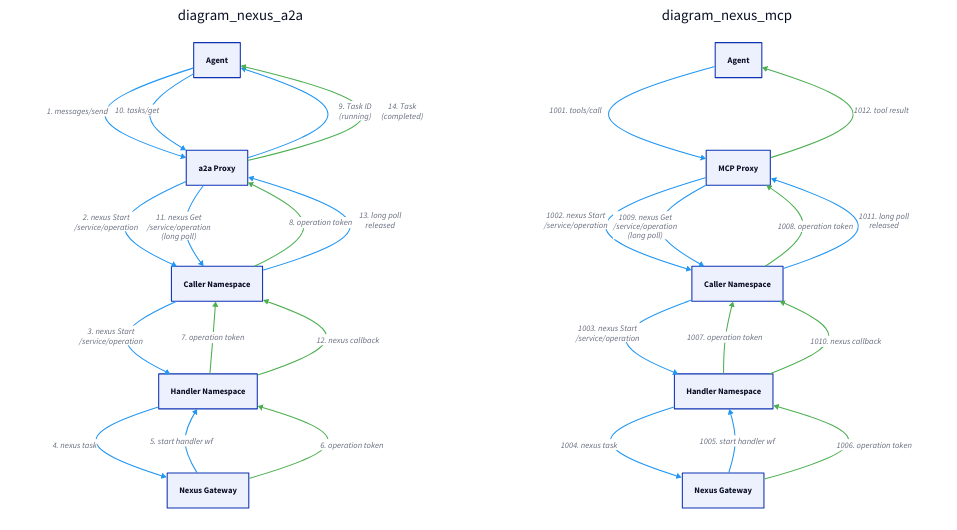
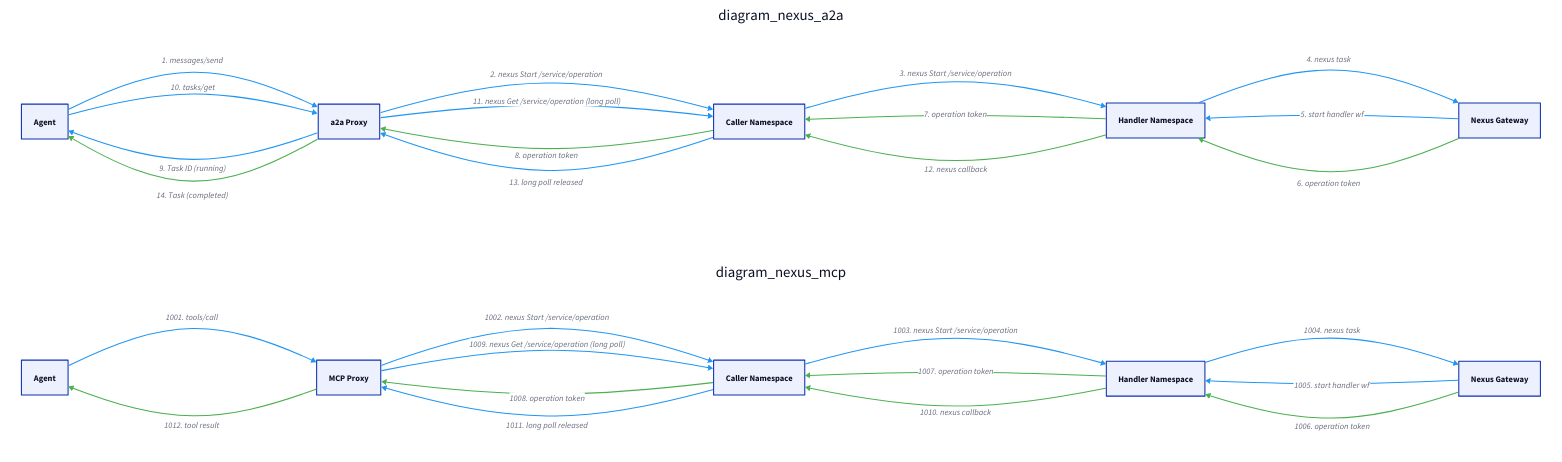
One commit to dandavison/seq2boxes changed the diagram in samples/05-nexus-complex/build/boxes-combined.d2. Above: the diagram before and after it, drawn with D2. The commit also changed 23 other files, not shown here.

```diff
--- a/samples/05-nexus-complex/build/boxes-combined.d2
+++ b/samples/05-nexus-complex/build/boxes-combined.d2
@@ -1,106 +1,108 @@
 vars: {
   d2-config: {
     theme-id: 0
   }
 }
+
+direction: right
 
 
 # Messages from nexus-a2a.d2
 diagram_nexus_a2a: {
   style.fill: transparent
   style.stroke: transparent
   "Agent" -> "a2a Proxy": "1. messages/send" {
     style.stroke: "#2196f3"
   }
-  "a2a Proxy" -> "Caller Namespace": "2. nexus Start\n/service/operation" {
+  "a2a Proxy" -> "Caller Namespace": "2. nexus Start /service/operation" {
     style.stroke: "#2196f3"
   }
-  "Caller Namespace" -> "Handler Namespace": "3. nexus Start\n/service/operation" {
+  "Caller Namespace" -> "Handler Namespace": "3. nexus Start /service/operation" {
     style.stroke: "#2196f3"
   }
   "Handler Namespace" -> "Nexus Gateway": "4. nexus task" {
     style.stroke: "#2196f3"
   }
   "Nexus Gateway" -> "Handler Namespace": "5. start handler wf" {
     style.stroke: "#2196f3"
   }
   "Nexus Gateway" -> "Handler Namespace": "6. operation token" {
     style.stroke: "#4caf50"
     style.stroke-width: 2
   }
   "Handler Namespace" -> "Caller Namespace": "7. operation token" {
     style.stroke: "#4caf50"
     style.stroke-width: 2
   }
   "Caller Namespace" -> "a2a Proxy": "8. operation token" {
     style.stroke: "#4caf50"
     style.stroke-width: 2
   }
-  "a2a Proxy" -> "Agent": "9. Task ID\n(running)" {
+  "a2a Proxy" -> "Agent": "9. Task ID (running)" {
     style.stroke: "#2196f3"
   }
   "Agent" -> "a2a Proxy": "10. tasks/get" {
     style.stroke: "#2196f3"
   }
-  "a2a Proxy" -> "Caller Namespace": "11. nexus Get\n/service/operation\n(long poll)" {
+  "a2a Proxy" -> "Caller Namespace": "11. nexus Get /service/operation (long poll)" {
     style.stroke: "#2196f3"
   }
   "Handler Namespace" -> "Caller Namespace": "12. nexus callback" {
     style.stroke: "#4caf50"
     style.stroke-width: 2
   }
-  "Caller Namespace" -> "a2a Proxy": "13. long poll\nreleased" {
+  "Caller Namespace" -> "a2a Proxy": "13. long poll released" {
     style.stroke: "#2196f3"
   }
-  "a2a Proxy" -> "Agent": "14. Task\n(completed)" {
+  "a2a Proxy" -> "Agent": "14. Task (completed)" {
     style.stroke: "#4caf50"
     style.stroke-width: 2
   }
 }
 
 # Messages from nexus-mcp.d2
 diagram_nexus_mcp: {
   style.fill: transparent
   style.stroke: transparent
   "Agent" -> "MCP Proxy": "1001. tools/call" {
     style.stroke: "#2196f3"
   }
-  "MCP Proxy" -> "Caller Namespace": "1002. nexus Start\n/service/operation" {
+  "MCP Proxy" -> "Caller Namespace": "1002. nexus Start /service/operation" {
     style.stroke: "#2196f3"
   }
-  "Caller Namespace" -> "Handler Namespace": "1003. nexus Start\n/service/operation" {
+  "Caller Namespace" -> "Handler Namespace": "1003. nexus Start /service/operation" {
     style.stroke: "#2196f3"
   }
   "Handler Namespace" -> "Nexus Gateway": "1004. nexus task" {
     style.stroke: "#2196f3"
   }
   "Nexus Gateway" -> "Handler Namespace": "1005. start handler wf" {
     style.stroke: "#2196f3"
   }
   "Nexus Gateway" -> "Handler Namespace": "1006. operation token" {
     style.stroke: "#4caf50"
     style.stroke-width: 2
   }
   "Handler Namespace" -> "Caller Namespace": "1007. operation token" {
     style.stroke: "#4caf50"
     style.stroke-width: 2
   }
   "Caller Namespace" -> "MCP Proxy": "1008. operation token" {
     style.stroke: "#4caf50"
     style.stroke-width: 2
   }
-  "MCP Proxy" -> "Caller Namespace": "1009. nexus Get\n/service/operation\n(long poll)" {
+  "MCP Proxy" -> "Caller Namespace": "1009. nexus Get /service/operation (long poll)" {
     style.stroke: "#2196f3"
   }
   "Handler Namespace" -> "Caller Namespace": "1010. nexus callback" {
     style.stroke: "#4caf50"
     style.stroke-width: 2
   }
-  "Caller Namespace" -> "MCP Proxy": "1011. long poll\nreleased" {
+  "Caller Namespace" -> "MCP Proxy": "1011. long poll released" {
     style.stroke: "#2196f3"
   }
   "MCP Proxy" -> "Agent": "1012. tool result" {
     style.stroke: "#4caf50"
     style.stroke-width: 2
   }
 }
```
